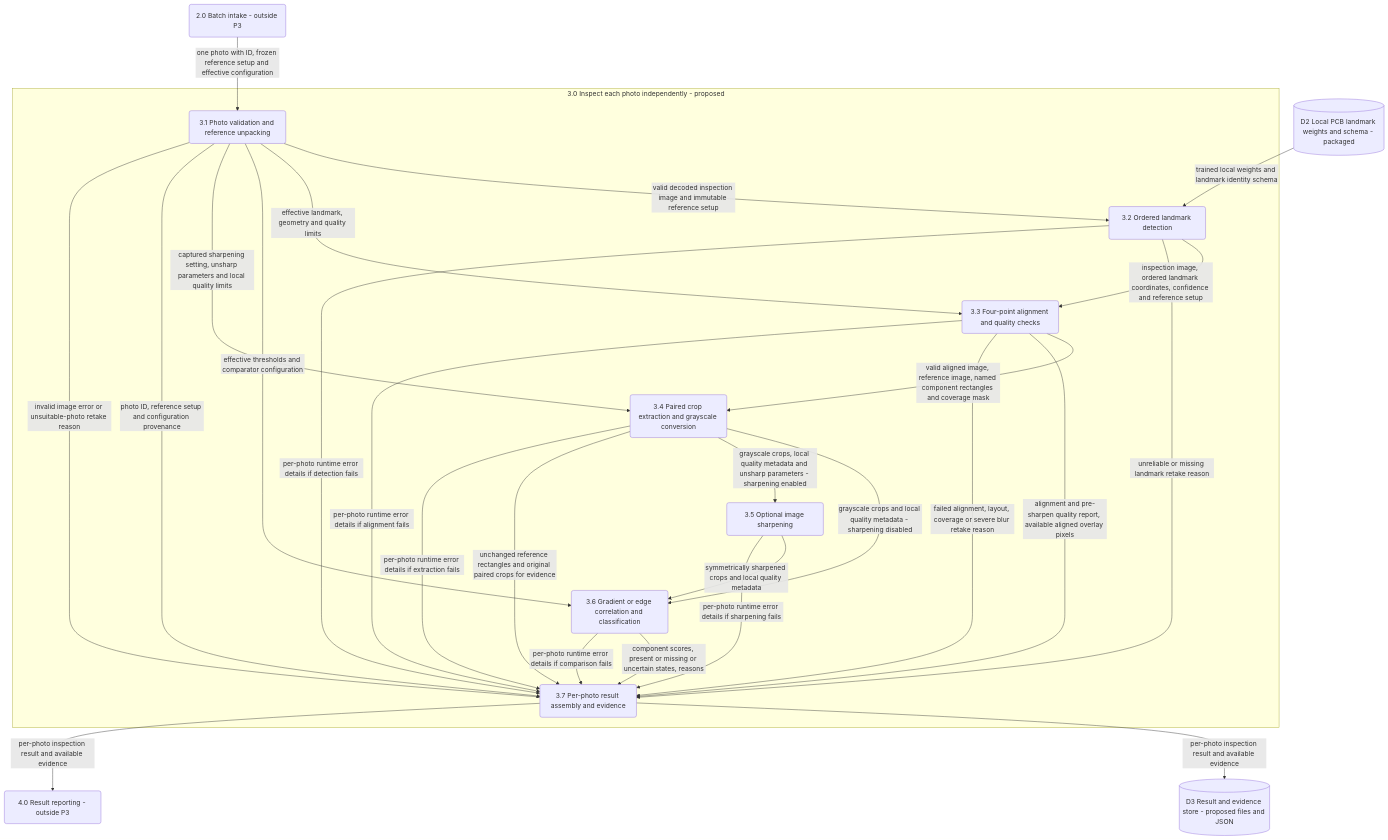
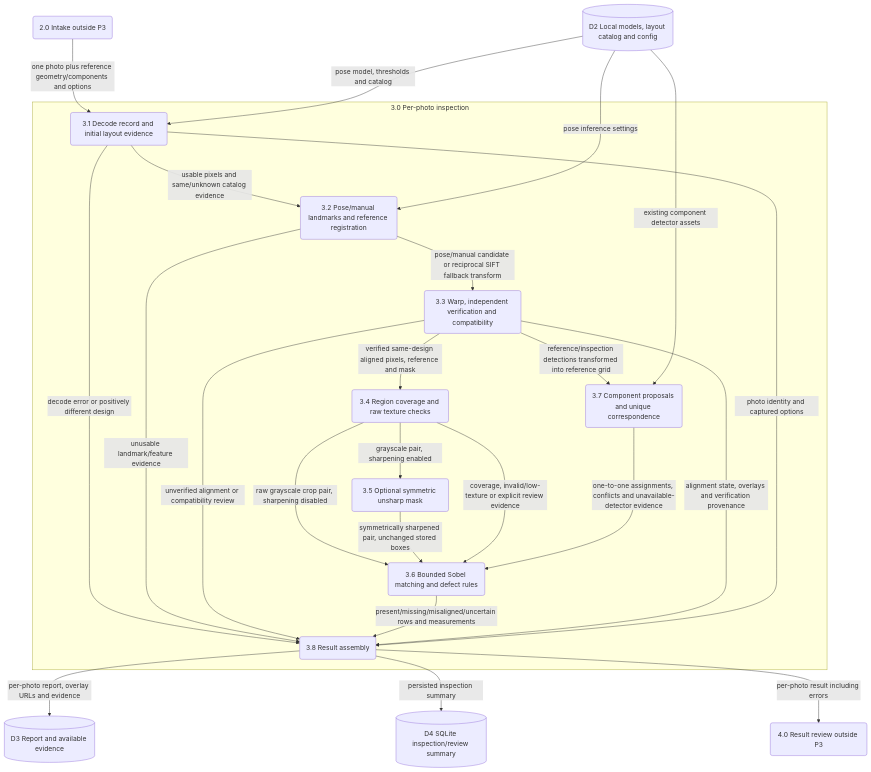
The third of 3 diagrams in docs/specs/DFD.md (DataDetective-Neel/IndustryAI_Project), drawn with Mermaid before and after one commit. The commit also changed other lines of this file and 50 other files, not shown here.

````diff
--- a/docs/specs/DFD.md
+++ b/docs/specs/DFD.md
@@ -95,44 +74,40 @@
 ```mermaid
 flowchart TB
-    P2("2.0 Batch intake - outside P3")
-    D2[("D2 Local PCB landmark weights and schema - packaged")]
-
-    subgraph INSPECT["3.0 Inspect each photo independently - proposed"]
-        V("3.1 Photo validation and reference unpacking")
-        L("3.2 Ordered landmark detection")
-        A("3.3 Four-point alignment and quality checks")
-        C("3.4 Paired crop extraction and grayscale conversion")
-        U("3.5 Optional image sharpening")
-        M("3.6 Gradient or edge correlation and classification")
-        R("3.7 Per-photo result assembly and evidence")
-
-        V -->|"valid decoded inspection image and immutable reference setup"| L
-        V -->|"effective landmark, geometry and quality limits"| A
-        V -->|"effective thresholds and comparator configuration"| M
-        V -->|"captured sharpening setting, unsharp parameters and local quality limits"| C
-        V -->|"photo ID, reference setup and configuration provenance"| R
-        V -->|"invalid image error or unsuitable-photo retake reason"| R
-        L -->|"inspection image, ordered landmark coordinates, confidence and reference setup"| A
-        L -->|"unreliable or missing landmark retake reason"| R
-        A -->|"valid aligned image, reference image, named component rectangles and coverage mask"| C
-        A -->|"alignment and pre-sharpen quality report, available aligned overlay pixels"| R
-        A -->|"failed alignment, layout, coverage or severe blur retake reason"| R
-        C -->|"grayscale crops and local quality metadata - sharpening disabled"| M
-        C -->|"grayscale crops, local quality metadata and unsharp parameters - sharpening enabled"| U
-        U -->|"symmetrically sharpened crops and local quality metadata"| M
-        C -->|"unchanged reference rectangles and original paired crops for evidence"| R
-        M -->|"component scores, present or missing or uncertain states, reasons"| R
-        L -->|"per-photo runtime error details if detection fails"| R
-        A -->|"per-photo runtime error details if alignment fails"| R
-        C -->|"per-photo runtime error details if extraction fails"| R
-        U -->|"per-photo runtime error details if sharpening fails"| R
-        M -->|"per-photo runtime error details if comparison fails"| R
+    P2("2.0 Intake outside P3")
+    D2[("D2 Local models, layout catalog and config")]
+    subgraph INSPECT["3.0 Per-photo inspection"]
+        V("3.1 Decode record and initial layout evidence")
+        L("3.2 Pose/manual landmarks and reference registration")
+        A("3.3 Warp, independent verification and compatibility")
+        C("3.4 Region coverage and raw texture checks")
+        U("3.5 Optional symmetric unsharp mask")
+        M("3.6 Bounded Sobel matching and defect rules")
+        D("3.7 Component proposals and unique correspondence")
+        R("3.8 Result assembly")
+        V -->|"usable pixels and same/unknown catalog evidence"| L
+        V -->|"decode error or positively different design"| R
+        L -->|"pose/manual candidate or reciprocal SIFT fallback transform"| A
+        L -->|"unusable landmark/feature evidence"| R
+        A -->|"verified same-design aligned pixels, reference and mask"| C
+        A -->|"unverified alignment or compatibility review"| R
+        A -->|"reference/inspection detections transformed into reference grid"| D
+        C -->|"raw grayscale crop pair, sharpening disabled"| M
+        C -->|"grayscale pair, sharpening enabled"| U
+        U -->|"symmetrically sharpened pair, unchanged stored boxes"| M
+        C -->|"coverage, invalid/low-texture or explicit review evidence"| M
+        D -->|"one-to-one assignments, conflicts and unavailable-detector evidence"| M
+        M -->|"present/missing/misaligned/uncertain rows and measurements"| R
+        A -->|"alignment state, overlays and verification provenance"| R
+        V -->|"photo identity and captured options"| R
     end
-
-    P2 -->|"one photo with ID, frozen reference setup and effective configuration"| V
-    D2 -->|"trained local weights and landmark identity schema"| L
-    D3[("D3 Result and evidence store - proposed files and JSON")]
-    P4("4.0 Result reporting - outside P3")
-    R -->|"per-photo inspection result and available evidence"| D3
-    R -->|"per-photo inspection result and available evidence"| P4
+    P2 -->|"one photo plus reference geometry/components and options"| V
+    D2 -->|"pose model, thresholds and catalog"| V
+    D2 -->|"pose inference settings"| L
+    D2 -->|"existing component detector assets"| D
+    D3[("D3 Report and available evidence")]
+    D4[("D4 SQLite inspection/review summary")]
+    P4("4.0 Result review outside P3")
+    R -->|"per-photo report, overlay URLs and evidence"| D3
+    R -->|"persisted inspection summary"| D4
+    R -->|"per-photo result including errors"| P4
 ```
````
